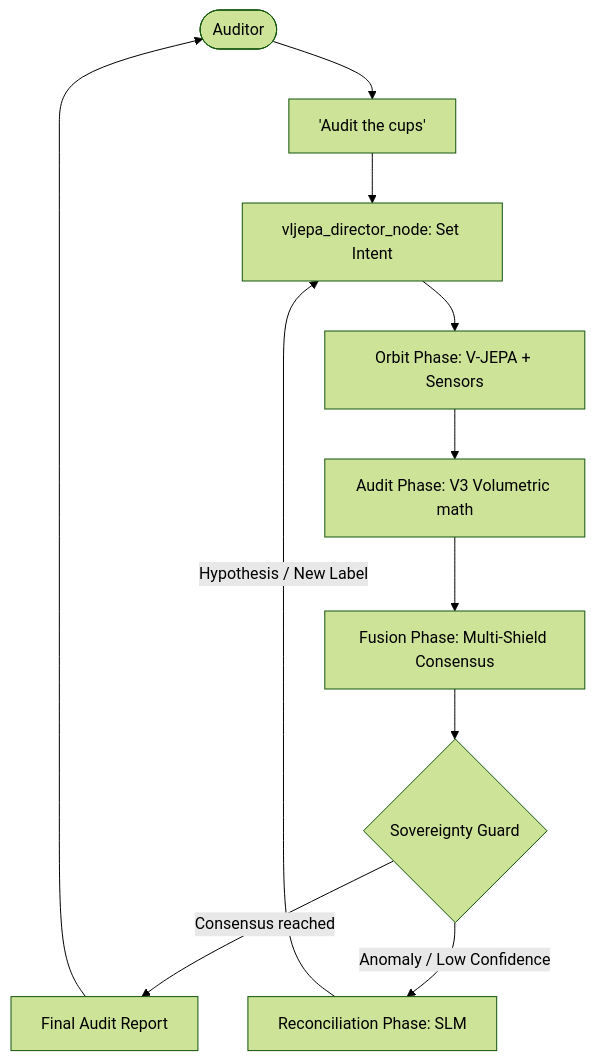
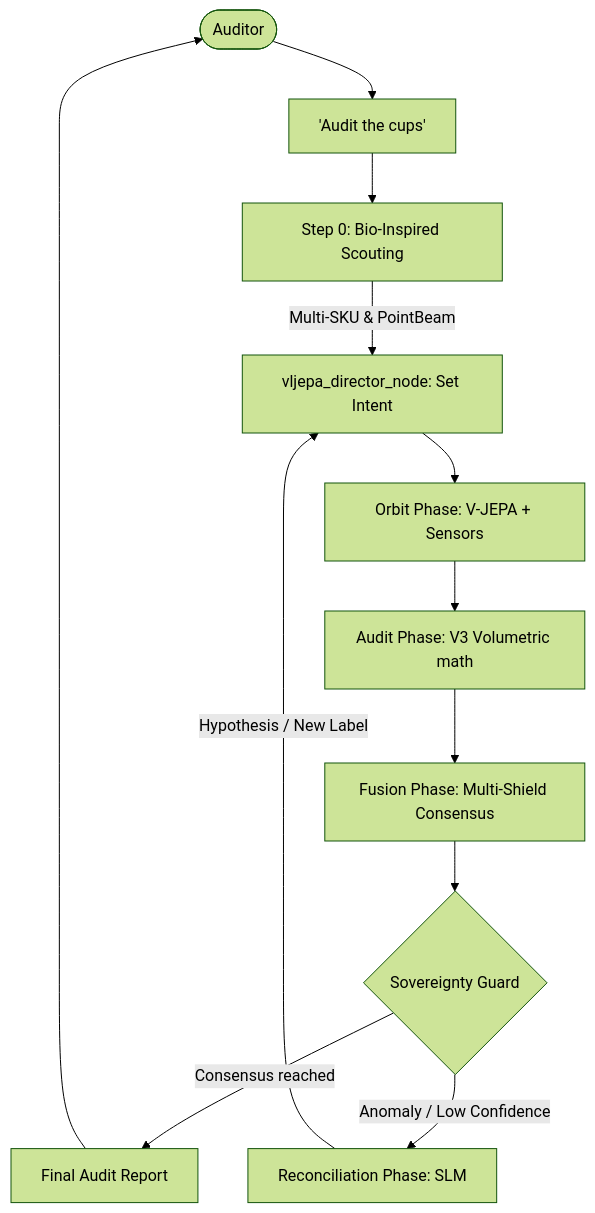
One commit to Yonnnnnnnnn/numeri-vjepa-experiment changed the diagram in User_Flow.md. Above: the diagram before and after it, drawn with Mermaid (forest theme). The commit also changed 6 other files, not shown here.

Commit message:
docs: update Technical Docs for Bio-Inspired Scouting (v4.1)

````diff
--- a/User_Flow.md
+++ b/User_Flow.md
@@ -5,15 +5,16 @@
 ```mermaid
 graph TD
     User([Auditor]) --> Prompt["'Audit the cups'"]
-    Prompt --> Director[vljepa_director_node: Set Intent]
+    Prompt --> Scout[Step 0: Bio-Inspired Scouting]
+    Scout -- "Multi-SKU & PointBeam" --> Director[vljepa_director_node: Set Intent]
     Director --> Vision[Orbit Phase: V-JEPA + Sensors]
     Vision --> Math[Audit Phase: V3 Volumetric math]
     Math --> Fusion[Fusion Phase: Multi-Shield Consensus]
     Fusion --> Gate{Sovereignty Guard}
 
     Gate -- "Consensus reached" --> Resolved[Final Audit Report]
     Gate -- "Anomaly / Low Confidence" --> Reasoner[Reconciliation Phase: SLM]
 
     Reasoner -- "Hypothesis / New Label" --> Director
     Resolved --> User
 ```
````
